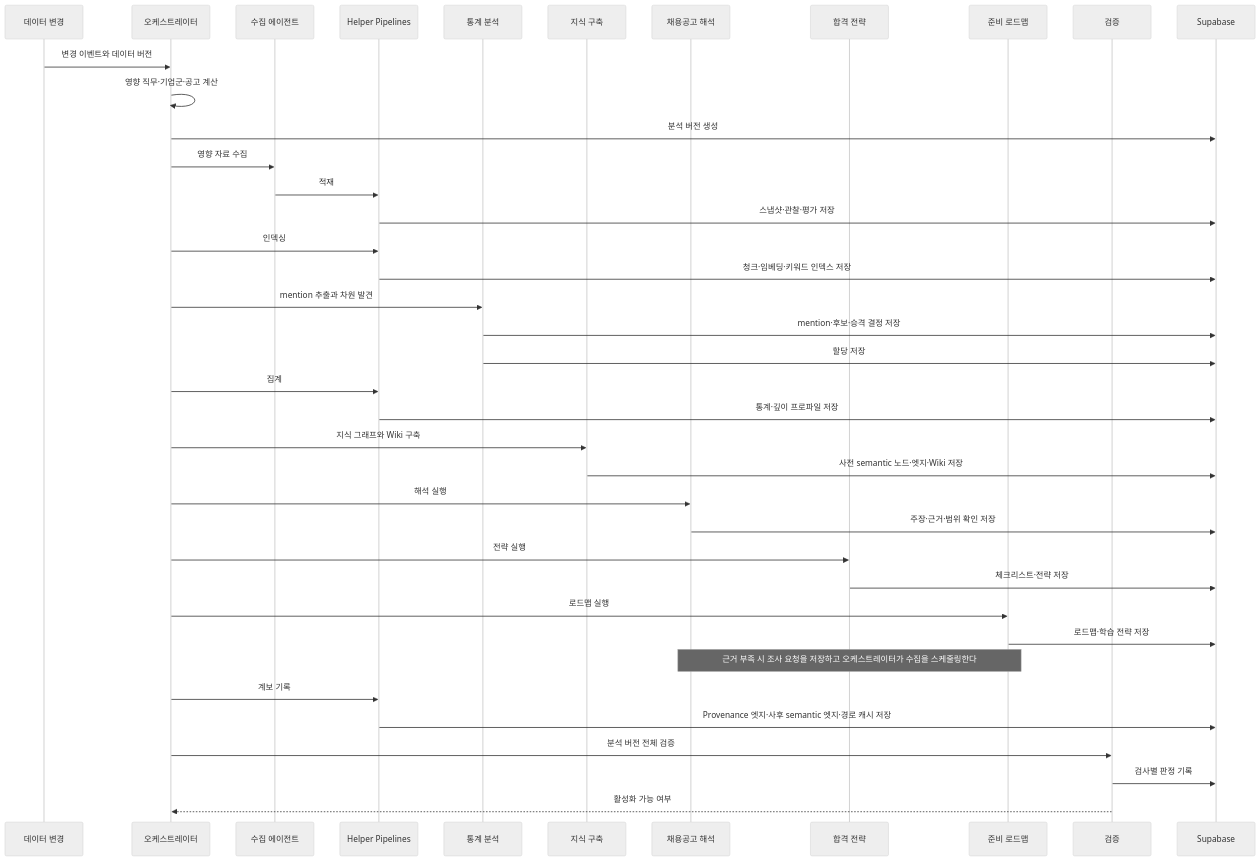
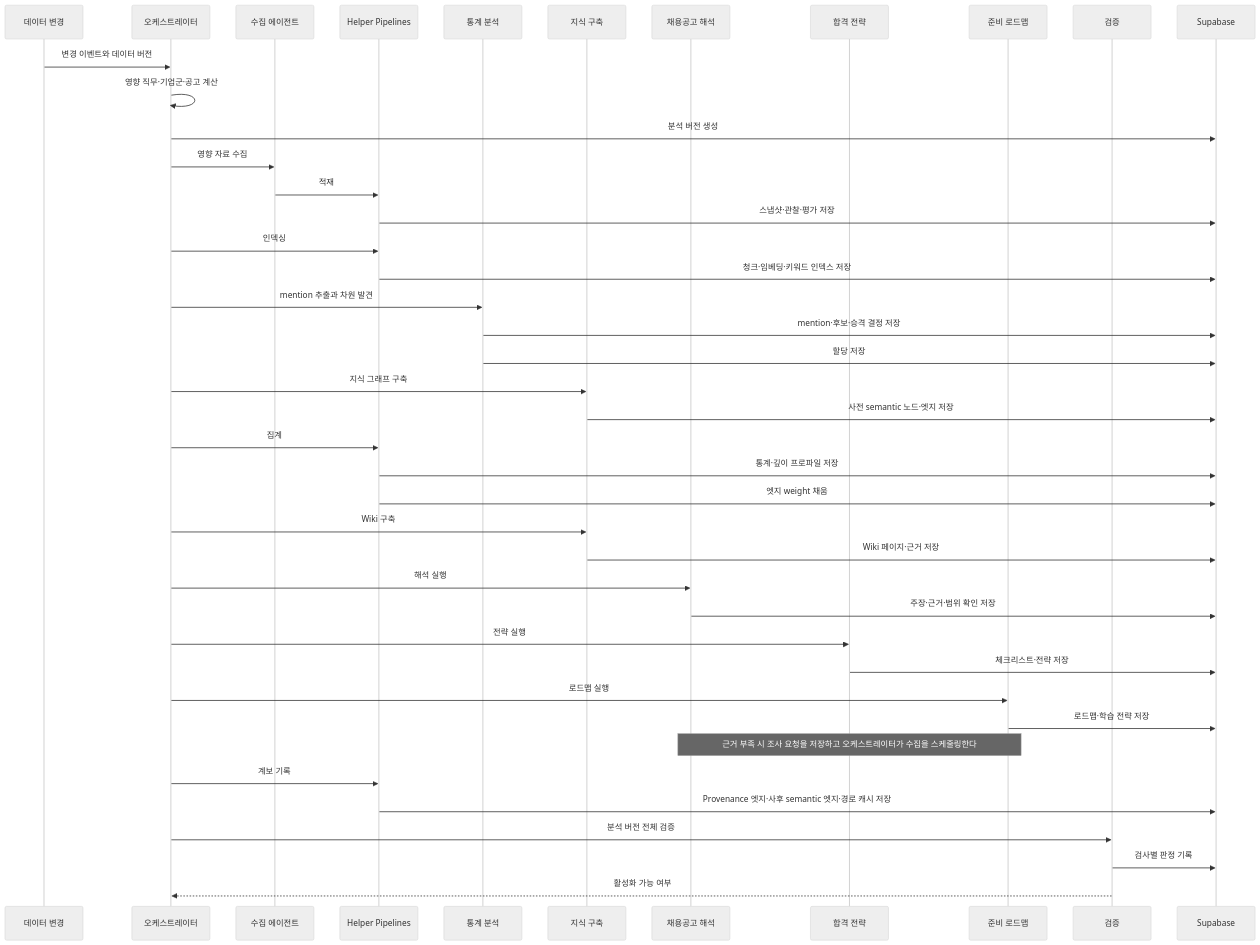
Before and after one commit to Mureung1/hub-showcase: the second of 5 diagrams in docs/architecture.md, drawn with Mermaid (neutral theme). The commit also changed other lines of this file and 5 other files, not shown here.

````diff
--- a/docs/architecture.md
+++ b/docs/architecture.md
@@ -242,42 +242,45 @@
 ```mermaid
 sequenceDiagram
     participant Source as 데이터 변경
     participant Orch as 오케스트레이터
     participant Collector as 수집 에이전트
     participant Pipe as Helper Pipelines
     participant Stat as 통계 분석
     participant Know as 지식 구축
     participant Inter as 채용공고 해석
     participant Strat as 합격 전략
     participant Road as 준비 로드맵
     participant Verify as 검증
     participant DB as Supabase
 
     Source->>Orch: 변경 이벤트와 데이터 버전
     Orch->>Orch: 영향 직무·기업군·공고 계산
     Orch->>DB: 분석 버전 생성
     Orch->>Collector: 영향 자료 수집
     Collector->>Pipe: 적재
     Pipe->>DB: 스냅샷·관찰·평가 저장
     Orch->>Pipe: 인덱싱
     Pipe->>DB: 청크·임베딩·키워드 인덱스 저장
     Orch->>Stat: mention 추출과 차원 발견
     Stat->>DB: mention·후보·승격 결정 저장
     Stat->>DB: 할당 저장
+    Orch->>Know: 지식 그래프 구축
+    Know->>DB: 사전 semantic 노드·엣지 저장
     Orch->>Pipe: 집계
     Pipe->>DB: 통계·깊이 프로파일 저장
-    Orch->>Know: 지식 그래프와 Wiki 구축
-    Know->>DB: 사전 semantic 노드·엣지·Wiki 저장
+    Pipe->>DB: 엣지 weight 채움
+    Orch->>Know: Wiki 구축
+    Know->>DB: Wiki 페이지·근거 저장
     Orch->>Inter: 해석 실행
     Inter->>DB: 주장·근거·범위 확인 저장
     Orch->>Strat: 전략 실행
     Strat->>DB: 체크리스트·전략 저장
     Orch->>Road: 로드맵 실행
     Road->>DB: 로드맵·학습 전략 저장
     Note over Inter,Road: 근거 부족 시 조사 요청을 저장하고 오케스트레이터가 수집을 스케줄링한다
     Orch->>Pipe: 계보 기록
     Pipe->>DB: Provenance 엣지·사후 semantic 엣지·경로 캐시 저장
     Orch->>Verify: 분석 버전 전체 검증
     Verify->>DB: 검사별 판정 기록
     Verify-->>Orch: 활성화 가능 여부
 ```
````
